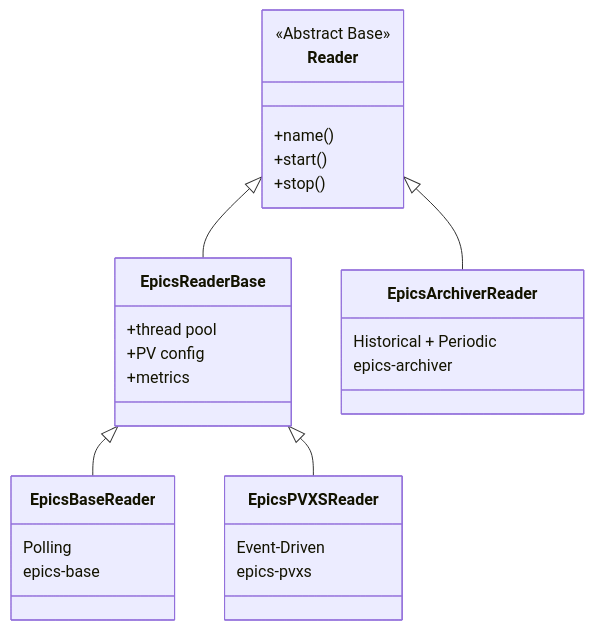
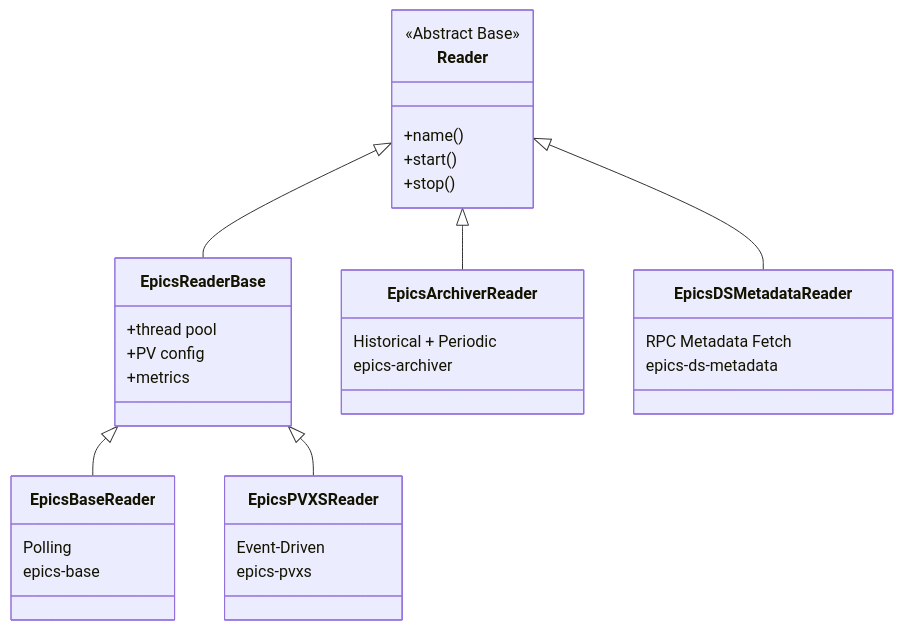
Before and after one commit to slaclab/mldp-pvxs-driver: the diagram in docs/readers/readers.md, drawn with Mermaid. The commit also changed other lines of this file and 36 other files, not shown here.

````diff
--- a/docs/readers/readers.md
+++ b/docs/readers/readers.md
@@ -31,35 +33,41 @@
 ```mermaid
 classDiagram
     class Reader {
         <<Abstract Base>>
         +name()
         +start()
         +stop()
     }
 
     class EpicsReaderBase {
         +thread pool
         +PV config
         +metrics
     }
 
     class EpicsBaseReader {
         Polling
         epics-base
     }
 
     class EpicsPVXSReader {
         Event-Driven
         epics-pvxs
     }
 
     class EpicsArchiverReader {
         Historical + Periodic
         epics-archiver
     }
 
+    class EpicsDSMetadataReader {
+        RPC Metadata Fetch
+        epics-ds-metadata
+    }
+
     Reader <|-- EpicsReaderBase
     Reader <|-- EpicsArchiverReader
+    Reader <|-- EpicsDSMetadataReader
     EpicsReaderBase <|-- EpicsBaseReader
     EpicsReaderBase <|-- EpicsPVXSReader
 ```
````
